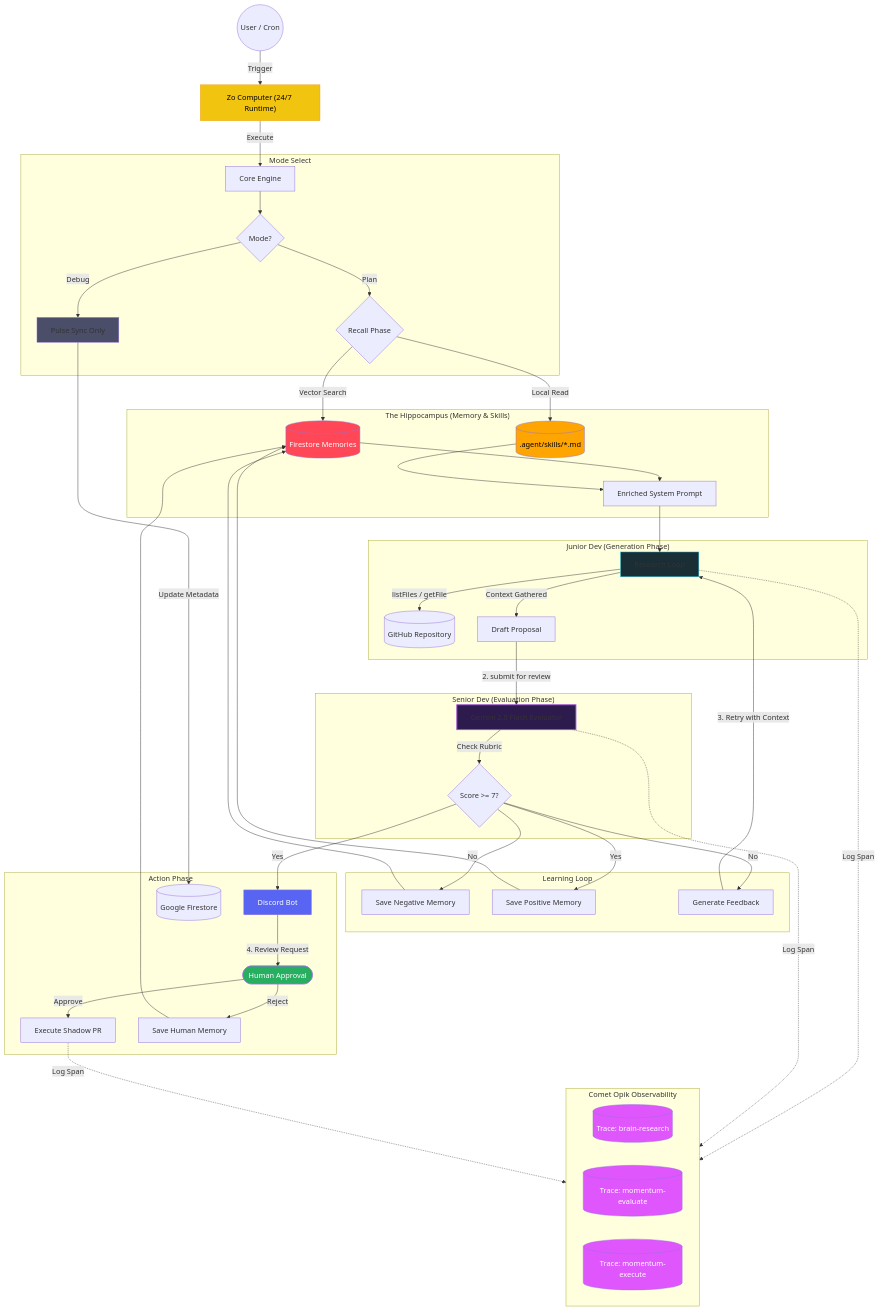
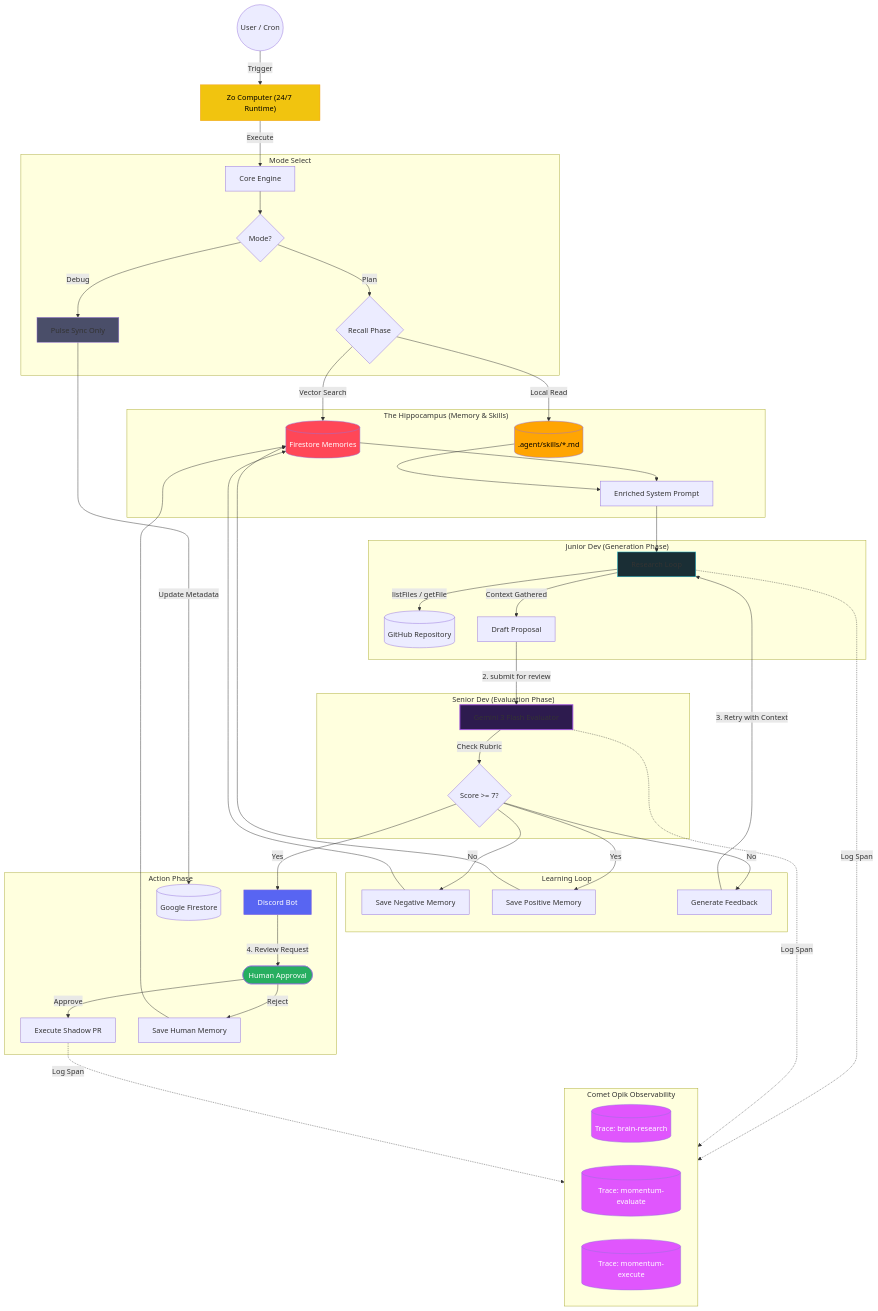
Before and after one commit to nashy3k/momentum-shadow-dev: the diagram in workflow_architecture.md, drawn with Mermaid. The commit also changed other lines of this file and 4 other files, not shown here.

Commit message:
chore: upgrade brain to Gemini 3 Flash and sync docs

````diff
--- a/workflow_architecture.md
+++ b/workflow_architecture.md
@@ -15,71 +16,71 @@
 ```mermaid
 graph TD
     UserEnd(("User / Cron")) -->|Trigger| ZoHost["Zo Computer (24/7 Runtime)"]
     ZoHost -->|Execute| Core[Core Engine]
     
     subgraph "Mode Select"
         Core --> Mode{Mode?}
         Mode -->|Debug| Sync[Pulse Sync Only]
         Mode -->|Plan| Recall{Recall Phase}
     end
 
     subgraph "The Hippocampus (Memory & Skills)"
         Recall -->|Vector Search| Memories[("Firestore Memories")]
         Recall -->|Local Read| Skills[(".agent/skills/*.md")]
         Memories & Skills --> Enriched[Enriched System Prompt]
     end
 
     subgraph "Junior Dev (Generation Phase)"
         Enriched --> Research[Research Loop]
         Research -->|"listFiles / getFile"| Repo[("GitHub Repository")]
         Research -->|"Context Gathered"| Draft[Draft Proposal]
     end
 
     subgraph "Senior Dev (Evaluation Phase)"
-        Draft -->|"2. submit for review"| Evaluator[Gemini 2.0 Flash Evaluator]
+        Draft -->|"2. submit for review"| Evaluator[Gemini 3 Flash Evaluator]
         Evaluator -->|"Check Rubric"| Score{"Score >= 7?"}
     end
 
     subgraph "Learning Loop"
         Score -->|"No"| LearnF[Save Negative Memory]
         Score -->|"Yes"| LearnS[Save Positive Memory]
         LearnF & LearnS --> Memories
         Score -->|"No"| Feedback["Generate Feedback"]
         Feedback -->|"3. Retry with Context"| Research
     end
 
     subgraph "Action Phase"
         Score -->|"Yes"| Discord[Discord Bot]
         Sync -->|Update Metadata| DB[("Google Firestore")]
         Discord -->|"4. Review Request"| UserReview(["Human Approval"])
         UserReview -->|"Approve"| Push[Execute Shadow PR]
         UserReview -->|"Reject"| LearnH[Save Human Memory]
         LearnH --> Memories
     end
 
     style Evaluator fill:#2d1b4e,stroke:#9d4edd,stroke-width:2px
     style Research fill:#1a2e35,stroke:#26c6da
     style Discord fill:#5865F2,color:white
     style Sync fill:#4a4e69
     style ZoHost fill:#f1c40f,color:black,stroke:#f39c12
     style Memories fill:#ff4757,color:white
     style Skills fill:#ffa502,color:black
     style UserReview fill:#27ae60,color:white
     style UserReview fill:#27ae60,color:white
 
     %% Opik Tracing Layer
     subgraph "Comet Opik Observability"
         direction LR
         Trace1[("Trace: brain-research")] 
         Trace2[("Trace: momentum-evaluate")]
         Trace3[("Trace: momentum-execute")]
     end
 
     Research -.->|"Log Span"| Trace1
     Evaluator -.->|"Log Span"| Trace2
     Push -.->|"Log Span"| Trace3
     
     style Trace1 fill:#e056fd,color:white
     style Trace2 fill:#e056fd,color:white
     style Trace3 fill:#e056fd,color:white
 ```
````
